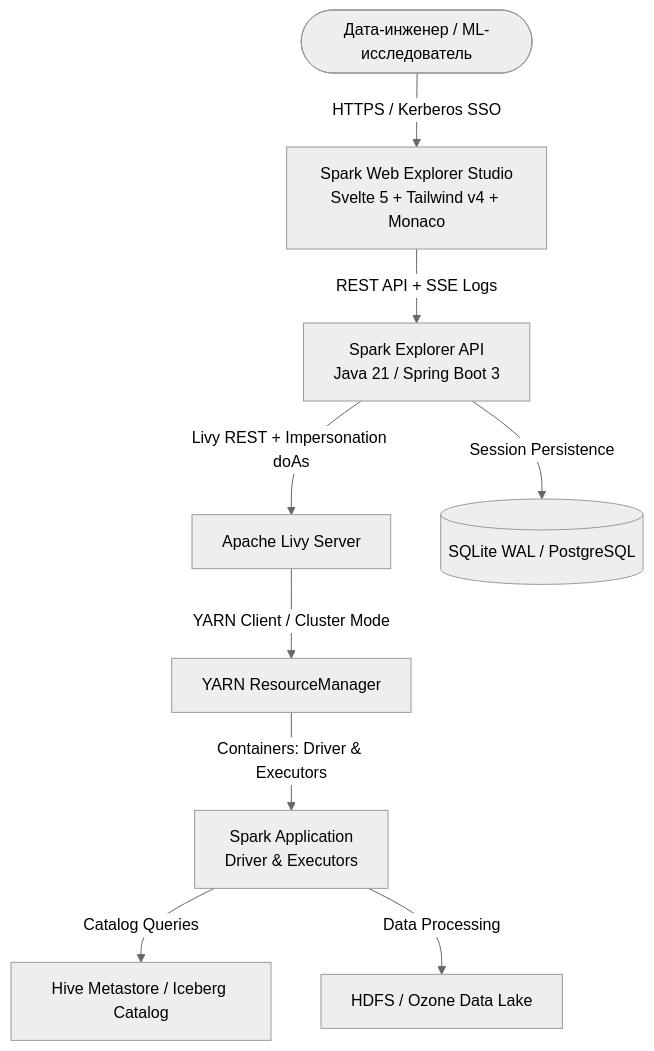
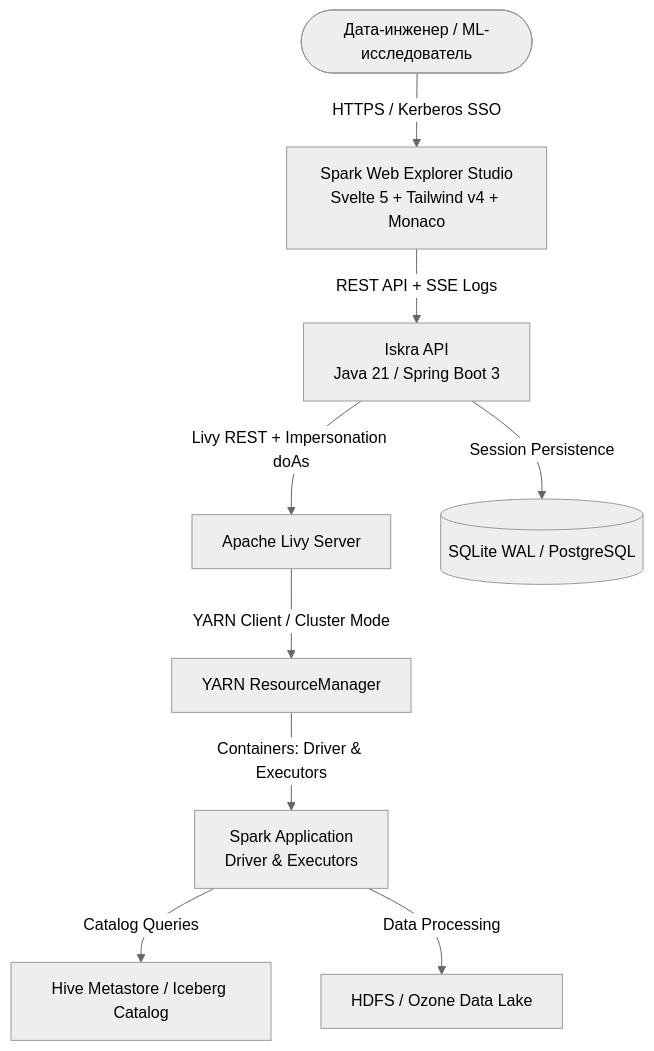
One commit to balookrd/hadoop-explorer changed the first of 2 diagrams in docs/spark-user-guide.md. Above: the diagram before and after it, drawn with Mermaid (neutral theme). The commit also changed other lines of this file and 264 other files, not shown here.

Commit message:
refactor!: rename Spark Explorer service to Iskra

````diff
--- a/docs/spark-user-guide.md
+++ b/docs/spark-user-guide.md
@@ -44,11 +44,11 @@
 ```mermaid
 graph TD
     User(["Дата-инженер / ML-исследователь"]) -->|"HTTPS / Kerberos SSO"| UI["Spark Web Explorer Studio\nSvelte 5 + Tailwind v4 + Monaco"]
-    UI -->|"REST API + SSE Logs"| Gateway["Spark Explorer API\nJava 21 / Spring Boot 3"]
+    UI -->|"REST API + SSE Logs"| Gateway["Iskra API\nJava 21 / Spring Boot 3"]
     Gateway -->|"Livy REST + Impersonation doAs"| Livy["Apache Livy Server"]
     Livy -->|"YARN Client / Cluster Mode"| RM["YARN ResourceManager"]
     RM -->|"Containers: Driver & Executors"| SparkApp["Spark Application\nDriver & Executors"]
     SparkApp -->|"Catalog Queries"| HMS["Hive Metastore / Iceberg Catalog"]
     SparkApp -->|"Data Processing"| HDFS["HDFS / Ozone Data Lake"]
     Gateway -->|"Session Persistence"| DB[("SQLite WAL / PostgreSQL")]
 ```
````
